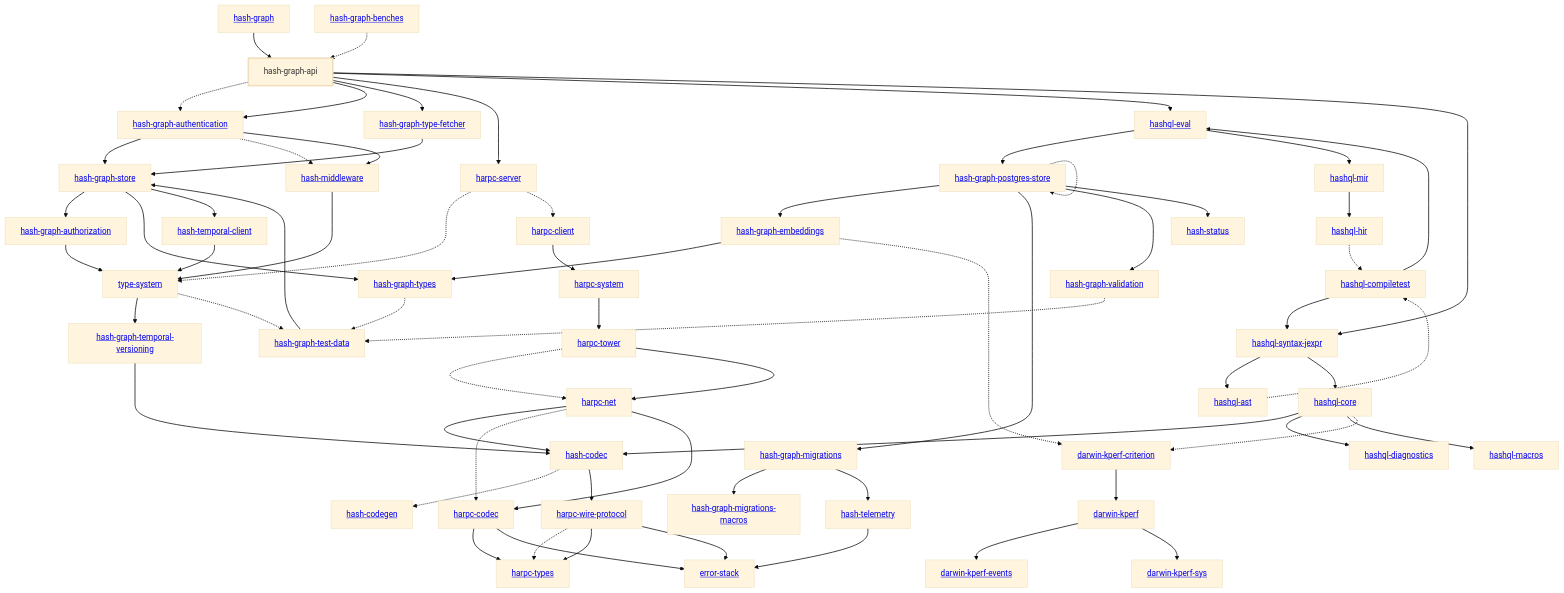
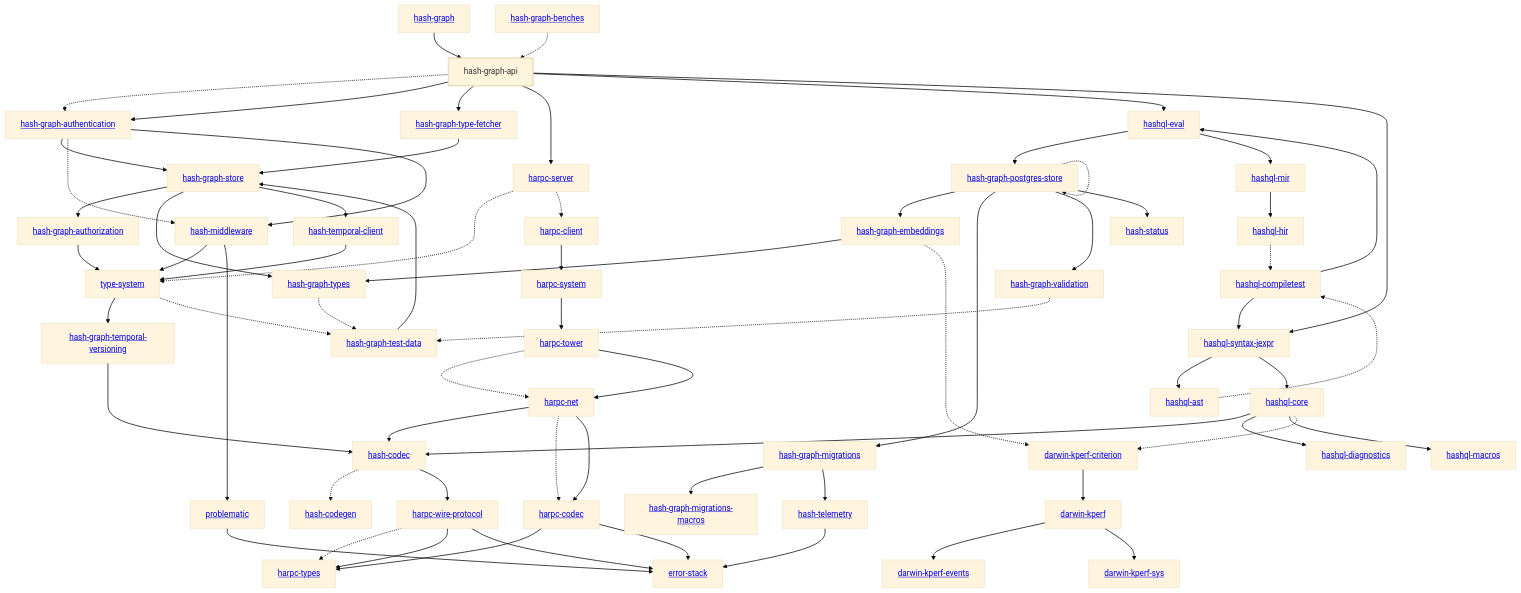
One commit to hashintel/hash changed the diagram in libs/@local/graph/api/docs/dependency-diagram.mmd. Above: the diagram before and after it, drawn with Mermaid (base theme). The commit also changed 23 other files, not shown here.

```diff
--- a/libs/@local/graph/api/docs/dependency-diagram.mmd
+++ b/libs/@local/graph/api/docs/dependency-diagram.mmd
@@ -1,121 +1,124 @@
 graph TD
     linkStyle default stroke-width:1.5px
     classDef default stroke-width:1px
     classDef root stroke-width:3px
     classDef dev stroke-width:1px
     classDef build stroke-width:1px
     %% Legend
     %% --> : Normal dependency
     %% -.-> : Dev dependency
     %% ---> : Build dependency
     0[<a href="../hash_graph/index.html">hash-graph</a>]
     1[<a href="../type_system/index.html">type-system</a>]
     2[<a href="../hash_codec/index.html">hash-codec</a>]
     3[<a href="../hash_codegen/index.html">hash-codegen</a>]
     4[hash-graph-api]
     class 4 root
     5[<a href="../hash_graph_authentication/index.html">hash-graph-authentication</a>]
     6[<a href="../hash_graph_authorization/index.html">hash-graph-authorization</a>]
     7[<a href="../hash_graph_embeddings/index.html">hash-graph-embeddings</a>]
     8[<a href="../hash_graph_migrations/index.html">hash-graph-migrations</a>]
     9[<a href="../hash_graph_migrations_macros/index.html">hash-graph-migrations-macros</a>]
     10[<a href="../hash_graph_postgres_store/index.html">hash-graph-postgres-store</a>]
     11[<a href="../hash_graph_store/index.html">hash-graph-store</a>]
     12[<a href="../hash_graph_temporal_versioning/index.html">hash-graph-temporal-versioning</a>]
     13[<a href="../hash_graph_type_fetcher/index.html">hash-graph-type-fetcher</a>]
     14[<a href="../hash_graph_types/index.html">hash-graph-types</a>]
     15[<a href="../hash_graph_validation/index.html">hash-graph-validation</a>]
     16[<a href="../harpc_client/index.html">harpc-client</a>]
     17[<a href="../harpc_codec/index.html">harpc-codec</a>]
     18[<a href="../harpc_net/index.html">harpc-net</a>]
     19[<a href="../harpc_server/index.html">harpc-server</a>]
     20[<a href="../harpc_system/index.html">harpc-system</a>]
     21[<a href="../harpc_tower/index.html">harpc-tower</a>]
     22[<a href="../harpc_types/index.html">harpc-types</a>]
     23[<a href="../harpc_wire_protocol/index.html">harpc-wire-protocol</a>]
     24[<a href="../hashql_ast/index.html">hashql-ast</a>]
     25[<a href="../hashql_compiletest/index.html">hashql-compiletest</a>]
     26[<a href="../hashql_core/index.html">hashql-core</a>]
     27[<a href="../hashql_diagnostics/index.html">hashql-diagnostics</a>]
     28[<a href="../hashql_eval/index.html">hashql-eval</a>]
     29[<a href="../hashql_hir/index.html">hashql-hir</a>]
     30[<a href="../hashql_macros/index.html">hashql-macros</a>]
     31[<a href="../hashql_mir/index.html">hashql-mir</a>]
     32[<a href="../hashql_syntax_jexpr/index.html">hashql-syntax-jexpr</a>]
     33[<a href="../hash_middleware/index.html">hash-middleware</a>]
     34[<a href="../hash_status/index.html">hash-status</a>]
     35[<a href="../hash_telemetry/index.html">hash-telemetry</a>]
     36[<a href="../hash_temporal_client/index.html">hash-temporal-client</a>]
     37[<a href="../darwin_kperf/index.html">darwin-kperf</a>]
     38[<a href="../darwin_kperf_criterion/index.html">darwin-kperf-criterion</a>]
     39[<a href="../darwin_kperf_events/index.html">darwin-kperf-events</a>]
     40[<a href="../darwin_kperf_sys/index.html">darwin-kperf-sys</a>]
     41[<a href="../error_stack/index.html">error-stack</a>]
-    42[<a href="../hash_graph_benches/index.html">hash-graph-benches</a>]
-    43[<a href="../hash_graph_test_data/index.html">hash-graph-test-data</a>]
+    42[<a href="../problematic/index.html">problematic</a>]
+    43[<a href="../hash_graph_benches/index.html">hash-graph-benches</a>]
+    44[<a href="../hash_graph_test_data/index.html">hash-graph-test-data</a>]
     0 --> 4
     1 --> 12
-    1 -.-> 43
+    1 -.-> 44
     2 -.-> 3
     2 --> 23
     4 -.-> 5
     4 --> 5
     4 --> 13
     4 --> 19
     4 --> 28
     4 --> 32
     5 --> 11
     5 -.-> 33
     5 --> 33
     6 --> 1
     7 --> 14
     7 -.-> 38
     8 --> 9
     8 --> 35
     10 --> 7
     10 --> 8
     10 -.-> 10
     10 --> 15
     10 --> 34
     11 --> 6
     11 --> 14
     11 --> 36
     12 --> 2
     13 --> 11
-    14 -.-> 43
-    15 -.-> 43
+    14 -.-> 44
+    15 -.-> 44
     16 --> 20
     17 --> 22
     17 --> 41
     18 --> 2
     18 -.-> 17
     18 --> 17
     19 -.-> 1
     19 -.-> 16
     20 --> 21
     21 -.-> 18
     21 --> 18
     23 -.-> 22
     23 --> 22
     23 --> 41
     24 -.-> 25
     25 --> 28
     25 --> 32
     26 --> 2
     26 --> 27
     26 --> 30
     26 -.-> 38
     28 --> 10
     28 --> 31
     29 -.-> 25
     31 --> 29
     32 --> 24
     32 --> 26
     33 --> 1
+    33 --> 42
     35 --> 41
     36 --> 1
     37 --> 39
     37 --> 40
     38 --> 37
-    42 -.-> 4
-    43 --> 11
+    42 --> 41
+    43 -.-> 4
+    44 --> 11
```
